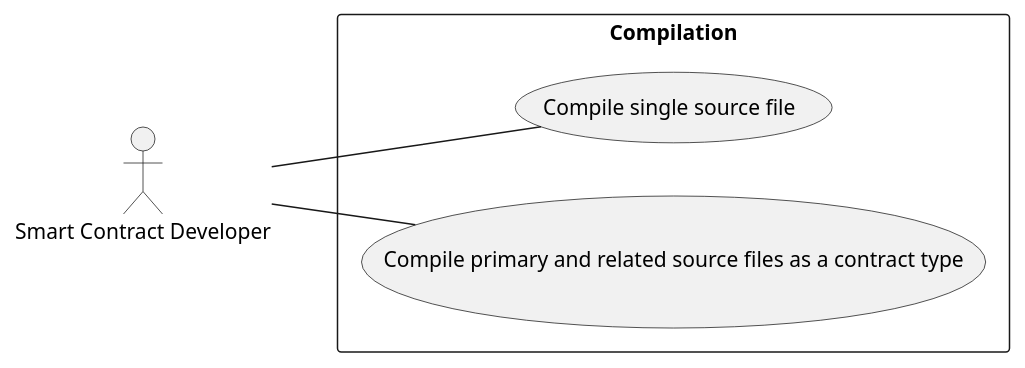
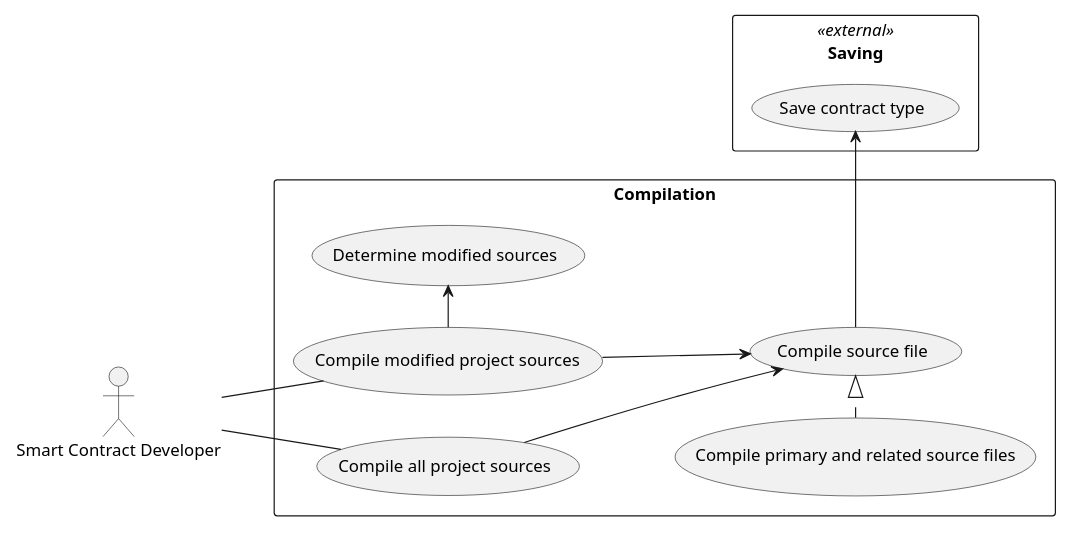
Before and after one commit to trufflesuite/artifact-updates: the second of 7 diagrams in docs/use-cases.rst, drawn with PlantUML. The commit also changed other lines of this file, not shown here.

Commit message:
Update saving and compilation use cases

```diff
--- a/docs/use-cases.rst
+++ b/docs/use-cases.rst
@@ -16,13 +83,30 @@
 .. uml::
 
+  scale 0.80
   left to right direction
 
   :Smart Contract Developer: as :Developer:
 
-  rectangle Compilation {
-    (Compile single source file) as (Compile)
-    (Compile primary and related source files as a contract type) as (CompileMultiple)
+  rectangle Saving << external >> {
+    (Save contract type) as (SaveType)
   }
 
-  Developer -- Compile
-  Developer -- CompileMultiple
+  rectangle Compilation {
+    (Compile all project sources) as (CompileAll)
+
+    (Determine modified sources) as (DetermineModified)
+    (Compile modified project sources) as (CompileModified)
+    CompileModified -> DetermineModified
+
+    (Compile source file) as (Compile)
+    Compile -> SaveType
+
+    (Compile primary and related source files) as (CompileMultiple)
+    CompileMultiple .|> Compile
+
+    CompileAll --> Compile
+    CompileModified --> Compile
+  }
+
+  Developer -- CompileAll
+  Developer -- CompileModified
```
